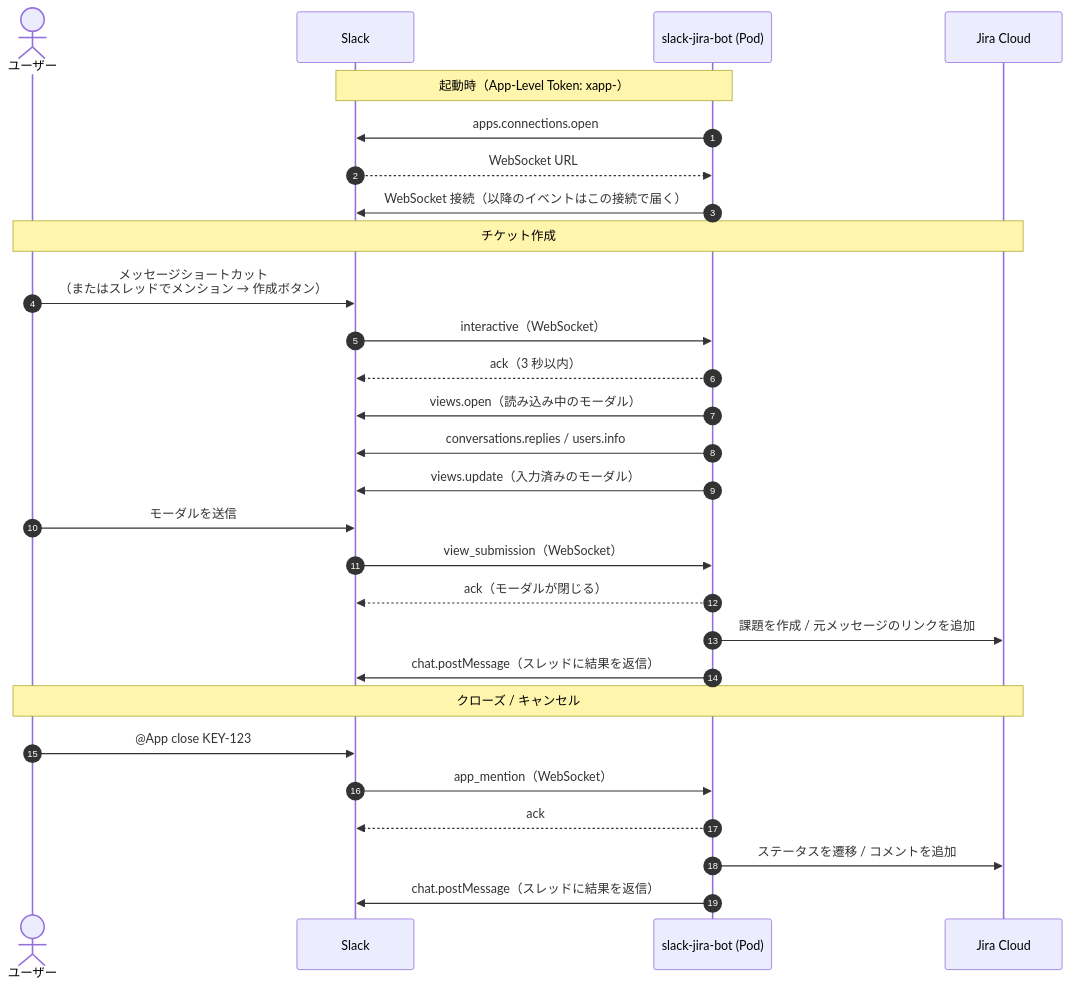
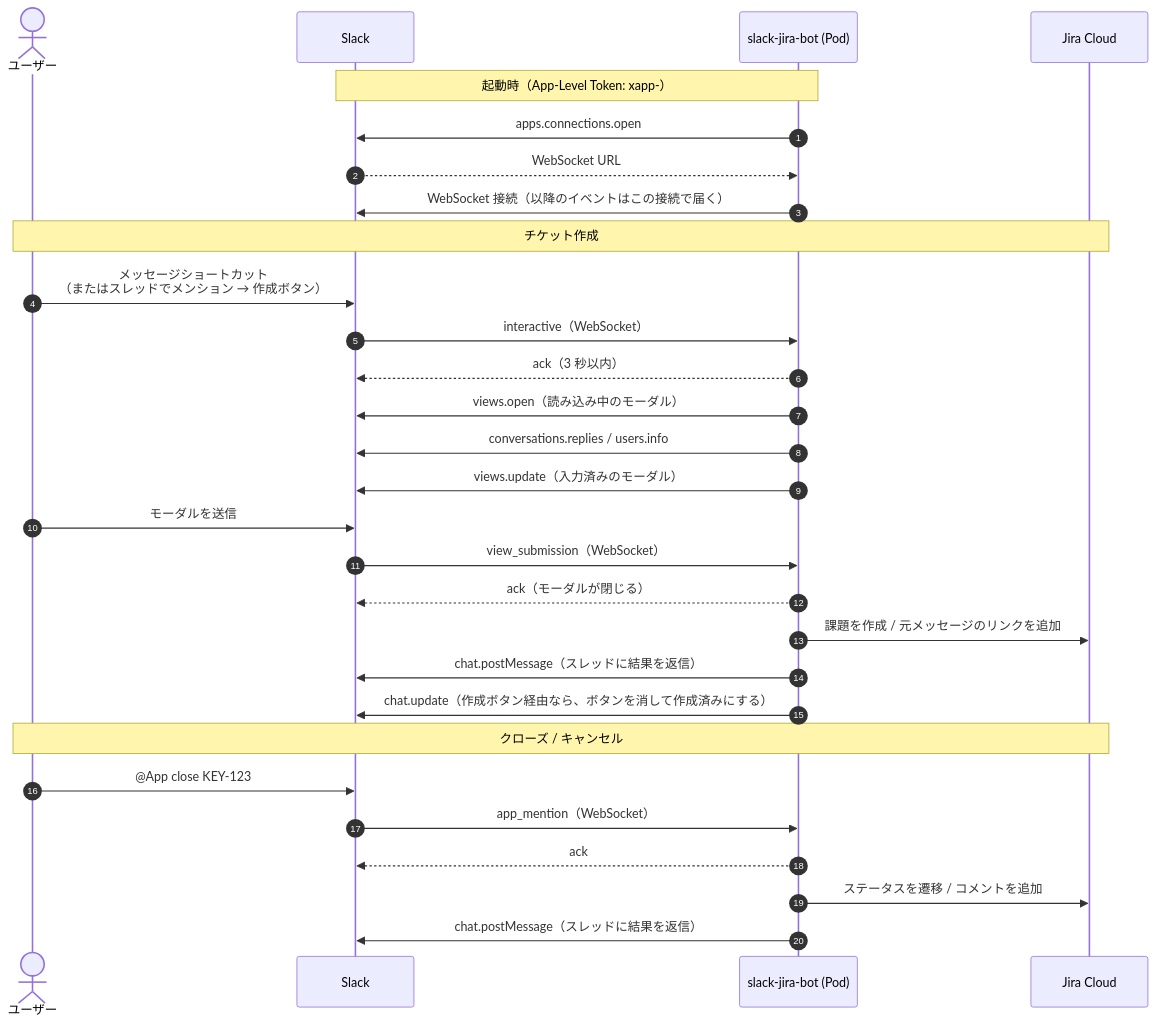
One commit to sandats/slack-jira-bot changed the diagram in README.md. Above: the diagram before and after it, drawn with Mermaid. The commit also changed other lines of this file, not shown here.

````diff
--- a/README.md
+++ b/README.md
@@ -10,33 +10,34 @@
 ```mermaid
 sequenceDiagram
     autonumber
     actor U as ユーザー
     participant S as Slack
     participant B as slack-jira-bot (Pod)
     participant J as Jira Cloud
 
     Note over S,B: 起動時（App-Level Token: xapp-）
     B->>S: apps.connections.open
     S-->>B: WebSocket URL
     B->>S: WebSocket 接続（以降のイベントはこの接続で届く）
 
     Note over U,J: チケット作成
     U->>S: メッセージショートカット<br/>（またはスレッドでメンション → 作成ボタン）
     S->>B: interactive（WebSocket）
     B-->>S: ack（3 秒以内）
     B->>S: views.open（読み込み中のモーダル）
     B->>S: conversations.replies / users.info
     B->>S: views.update（入力済みのモーダル）
     U->>S: モーダルを送信
     S->>B: view_submission（WebSocket）
     B-->>S: ack（モーダルが閉じる）
     B->>J: 課題を作成 / 元メッセージのリンクを追加
     B->>S: chat.postMessage（スレッドに結果を返信）
+    B->>S: chat.update（作成ボタン経由なら、ボタンを消して作成済みにする）
 
     Note over U,J: クローズ / キャンセル
     U->>S: @App close KEY-123
     S->>B: app_mention（WebSocket）
     B-->>S: ack
     B->>J: ステータスを遷移 / コメントを追加
     B->>S: chat.postMessage（スレッドに結果を返信）
 ```
````
